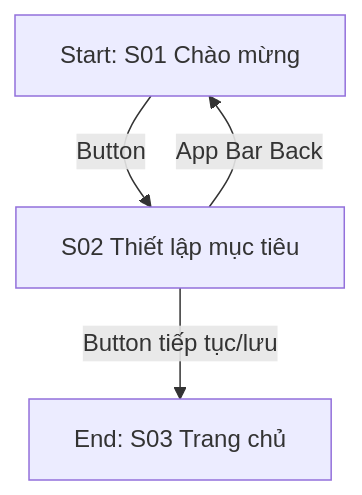
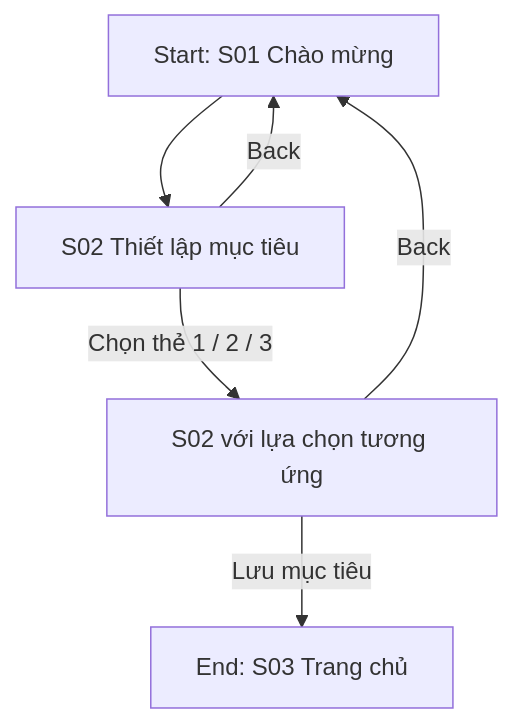
One commit to kenji-cmyk/lab2_prm changed the first of 3 diagrams in ux/user-flow.md. Above: the diagram before and after it, drawn with Mermaid. The commit also changed other lines of this file and 49 other files, not shown here.

Commit message:
Fix Figma states, prototype flows and accessibility; document Codex workflow

````diff
--- a/ux/user-flow.md
+++ b/ux/user-flow.md
@@ -51,6 +52,8 @@
 ```mermaid
 flowchart TD
-  A[Start: S01 Chào mừng] -->|Button| B[S02 Thiết lập mục tiêu]
-  B -->|Button tiếp tục/lưu| C[End: S03 Trang chủ]
-  B -->|App Bar Back| A
+  A[Start: S01 Chào mừng] --> B[S02 Thiết lập mục tiêu]
+  B -->|Chọn thẻ 1 / 2 / 3| C[S02 với lựa chọn tương ứng]
+  C -->|Lưu mục tiêu| D[End: S03 Trang chủ]
+  B -->|Back| A
+  C -->|Back| A
 ```
````
